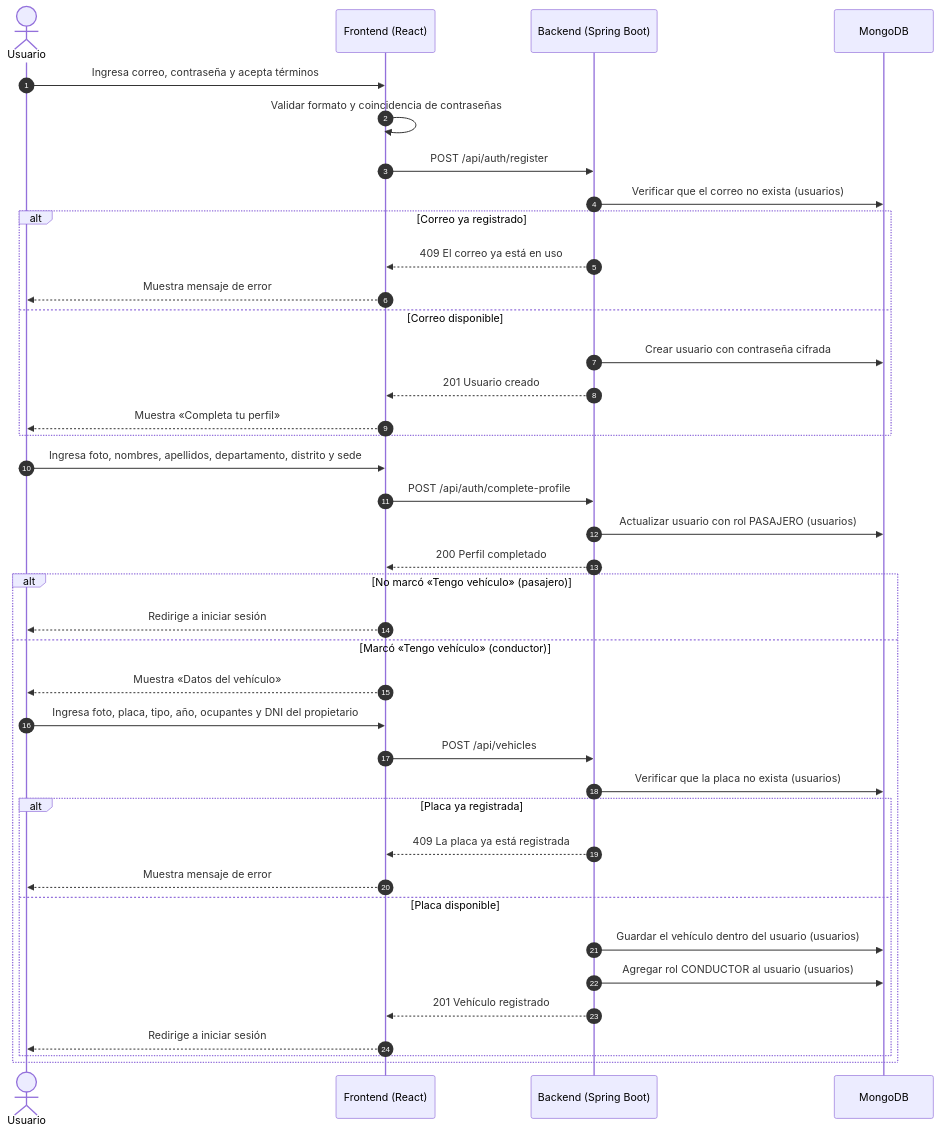
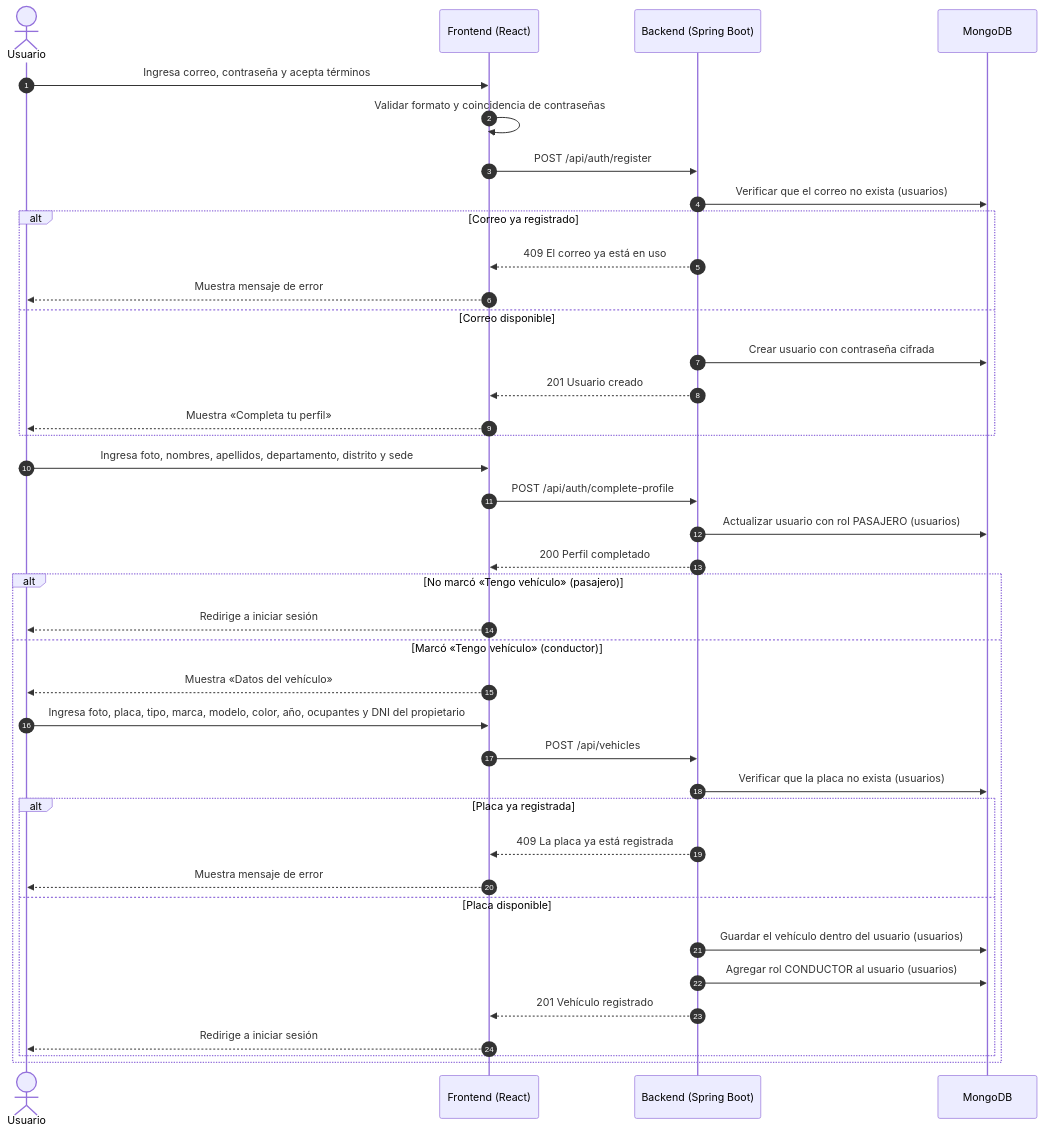
One commit to manuelguarniz/mono-movilidad-colaborativa changed the fourth of 7 diagrams in README.md. Above: the diagram before and after it, drawn with Mermaid. The commit also changed other lines of this file and 3 other files, not shown here.

````diff
--- a/README.md
+++ b/README.md
@@ -524,44 +548,44 @@
 ```mermaid
 sequenceDiagram
     autonumber
     actor U as Usuario
     participant FE as Frontend (React)
     participant API as Backend (Spring Boot)
     participant DB as MongoDB
 
     U->>FE: Ingresa correo, contraseña y acepta términos
     FE->>FE: Validar formato y coincidencia de contraseñas
     FE->>API: POST /api/auth/register
     API->>DB: Verificar que el correo no exista (usuarios)
     alt Correo ya registrado
         API-->>FE: 409 El correo ya está en uso
         FE-->>U: Muestra mensaje de error
     else Correo disponible
         API->>DB: Crear usuario con contraseña cifrada
         API-->>FE: 201 Usuario creado
         FE-->>U: Muestra «Completa tu perfil»
     end
 
     U->>FE: Ingresa foto, nombres, apellidos, departamento, distrito y sede
     FE->>API: POST /api/auth/complete-profile
     API->>DB: Actualizar usuario con rol PASAJERO (usuarios)
     API-->>FE: 200 Perfil completado
 
     alt No marcó «Tengo vehículo» (pasajero)
         FE-->>U: Redirige a iniciar sesión
     else Marcó «Tengo vehículo» (conductor)
         FE-->>U: Muestra «Datos del vehículo»
-        U->>FE: Ingresa foto, placa, tipo, año, ocupantes y DNI del propietario
+        U->>FE: Ingresa foto, placa, tipo, marca, modelo, color, año, ocupantes y DNI del propietario
         FE->>API: POST /api/vehicles
         API->>DB: Verificar que la placa no exista (usuarios)
         alt Placa ya registrada
             API-->>FE: 409 La placa ya está registrada
             FE-->>U: Muestra mensaje de error
         else Placa disponible
             API->>DB: Guardar el vehículo dentro del usuario (usuarios)
             API->>DB: Agregar rol CONDUCTOR al usuario (usuarios)
             API-->>FE: 201 Vehículo registrado
             FE-->>U: Redirige a iniciar sesión
         end
     end
 ```
````
